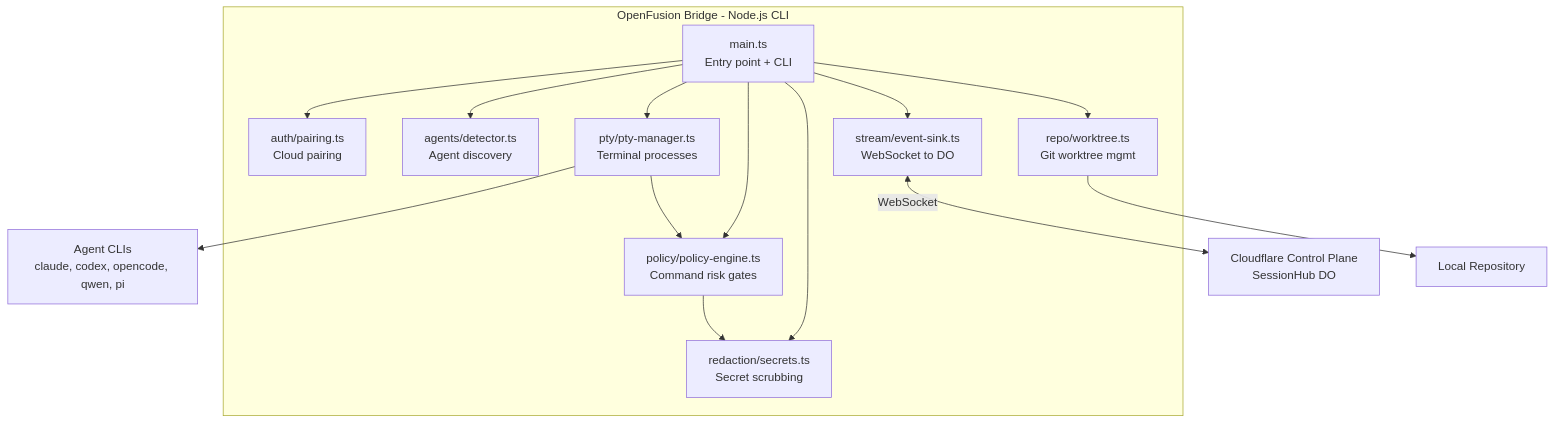
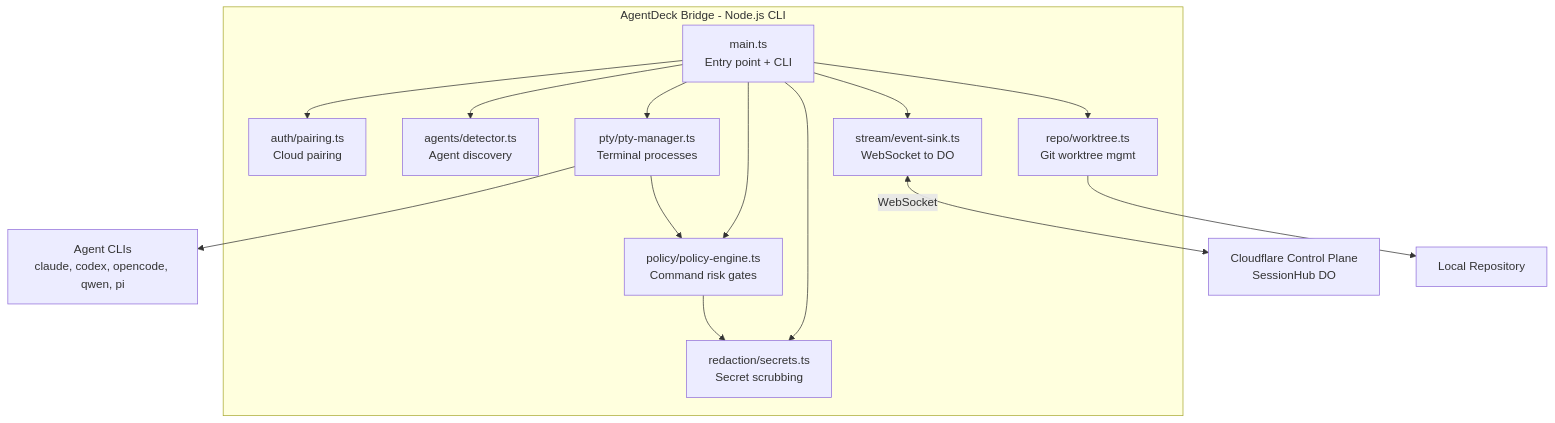
Before and after one commit to itsVijayCoder/agentDeck: the diagram in Docs/PHASES/PHASE_04_BRIDGE.md, drawn with Mermaid. The commit also changed other lines of this file and 86 other files, not shown here.

First line of the commit message:
refactor: rename project from openfusion to AgentDeck

````diff
--- a/Docs/PHASES/PHASE_04_BRIDGE.md
+++ b/Docs/PHASES/PHASE_04_BRIDGE.md
@@ -37,31 +37,31 @@
 ```mermaid
 flowchart TB
-  subgraph Bridge[OpenFusion Bridge - Node.js CLI]
+  subgraph Bridge[AgentDeck Bridge - Node.js CLI]
     Main[main.ts<br/>Entry point + CLI]
     Pairing[auth/pairing.ts<br/>Cloud pairing]
     Detector[agents/detector.ts<br/>Agent discovery]
     PTY[pty/pty-manager.ts<br/>Terminal processes]
     Policy[policy/policy-engine.ts<br/>Command risk gates]
     Redactor[redaction/secrets.ts<br/>Secret scrubbing]
     Stream[stream/event-sink.ts<br/>WebSocket to DO]
     Worktree[repo/worktree.ts<br/>Git worktree mgmt]
   end
 
   Cloud[Cloudflare Control Plane<br/>SessionHub DO]
   Agents[Agent CLIs<br/>claude, codex, opencode, qwen, pi]
   Repo[Local Repository]
 
   Main --> Pairing
   Main --> Detector
   Main --> PTY
   Main --> Policy
   Main --> Redactor
   Main --> Stream
   Main --> Worktree
 
   Stream <-->|WebSocket| Cloud
   PTY --> Agents
   Worktree --> Repo
   Policy --> Redactor
   PTY --> Policy
 ```
````
